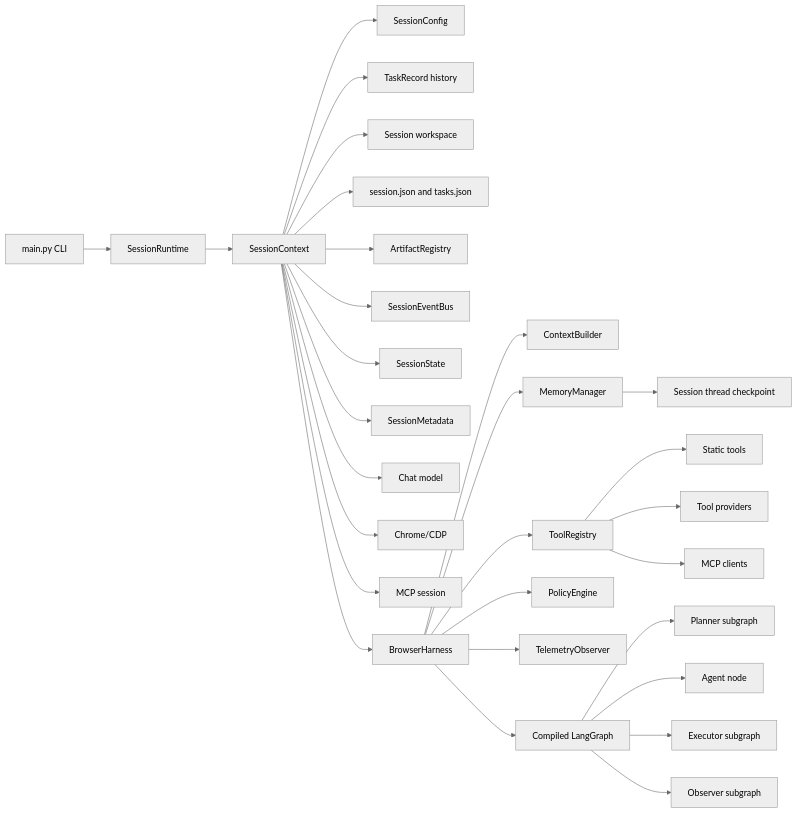
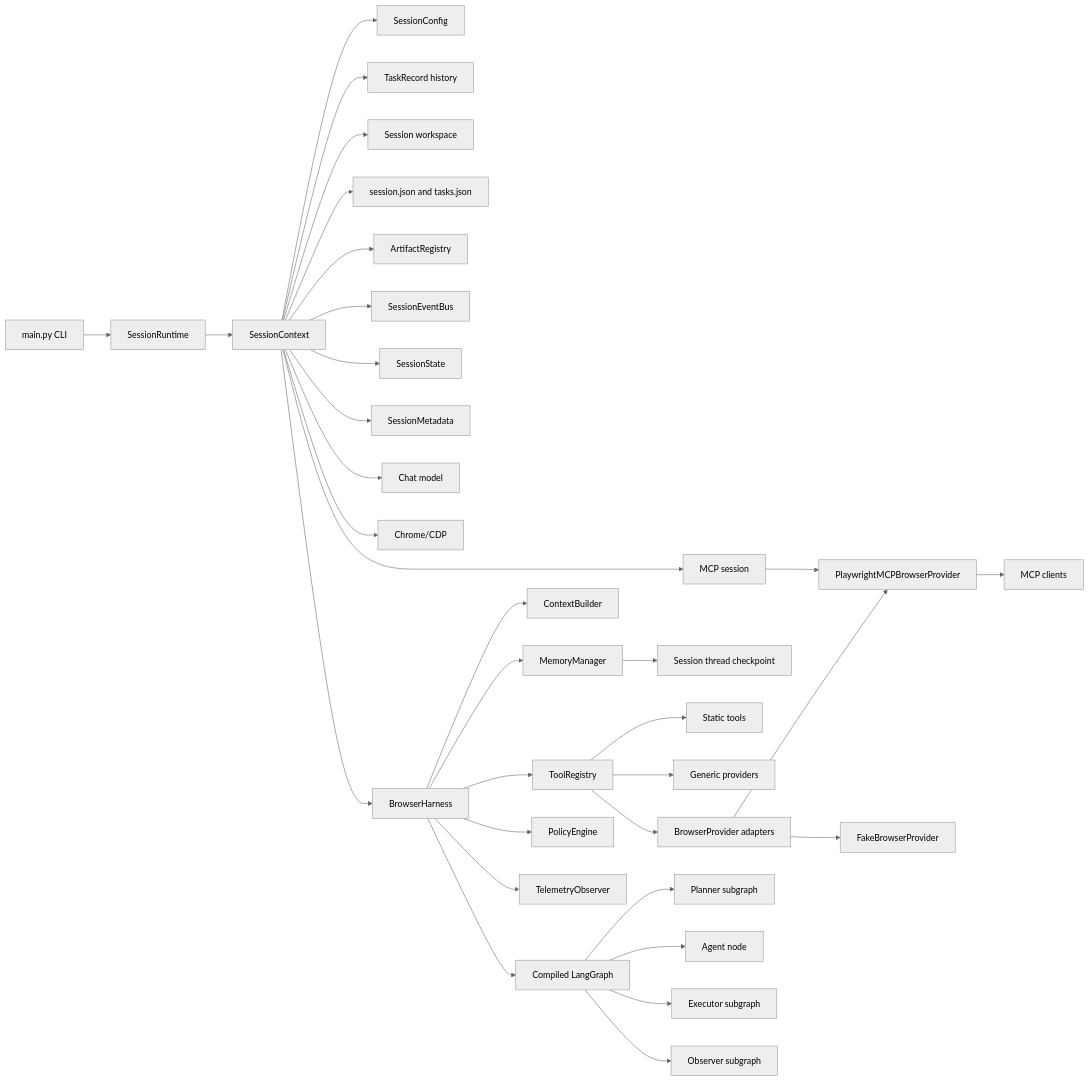
Before and after one commit to Hastur456/AutoBrowser: the diagram in docs/diagrams/harness-boundaries.md, drawn with Mermaid (neutral theme). The commit also changed other lines of this file and 13 other files, not shown here.

````diff
--- a/docs/diagrams/harness-boundaries.md
+++ b/docs/diagrams/harness-boundaries.md
@@ -7,31 +7,35 @@
 ```mermaid
 flowchart LR
   CLI[main.py CLI] --> Session[SessionRuntime]
   Session --> SessionCtx[SessionContext]
   SessionCtx --> Config[SessionConfig]
   SessionCtx --> Tasks[TaskRecord history]
   SessionCtx --> Workspace[Session workspace]
   SessionCtx --> SessionFiles[session.json and tasks.json]
   SessionCtx --> Artifacts[ArtifactRegistry]
   SessionCtx --> Events[SessionEventBus]
   SessionCtx --> State[SessionState]
   SessionCtx --> Metadata[SessionMetadata]
   SessionCtx --> LLM[Chat model]
   SessionCtx --> Chrome[Chrome/CDP]
   SessionCtx --> MCPRuntime[MCP session]
   SessionCtx --> Harness[BrowserHarness]
+  MCPRuntime --> PlaywrightProvider[PlaywrightMCPBrowserProvider]
   Harness --> ContextBuilder[ContextBuilder]
   Harness --> Memory[MemoryManager]
   Memory --> Checkpoints[Session thread checkpoint]
   Harness --> Tools[ToolRegistry]
   Harness --> Policy[PolicyEngine]
   Harness --> Telemetry[TelemetryObserver]
   Harness --> Graph[Compiled LangGraph]
   Tools --> StaticTools[Static tools]
-  Tools --> Providers[Tool providers]
-  Tools --> MCP[MCP clients]
+  Tools --> Providers[Generic providers]
+  Tools --> BrowserProviders[BrowserProvider adapters]
+  BrowserProviders --> PlaywrightProvider
+  BrowserProviders --> FakeProvider[FakeBrowserProvider]
+  PlaywrightProvider --> MCP[MCP clients]
   Graph --> Planner[Planner subgraph]
   Graph --> Agent[Agent node]
   Graph --> Executor[Executor subgraph]
   Graph --> Observer[Observer subgraph]
 ```
````
